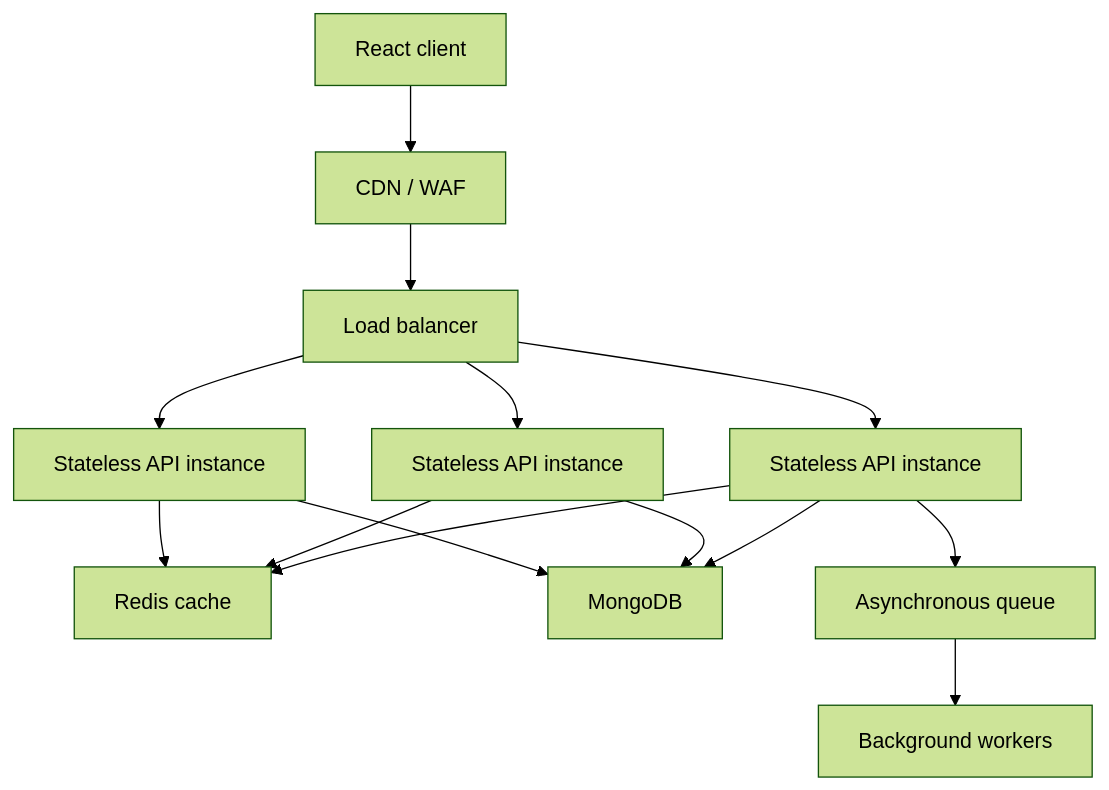
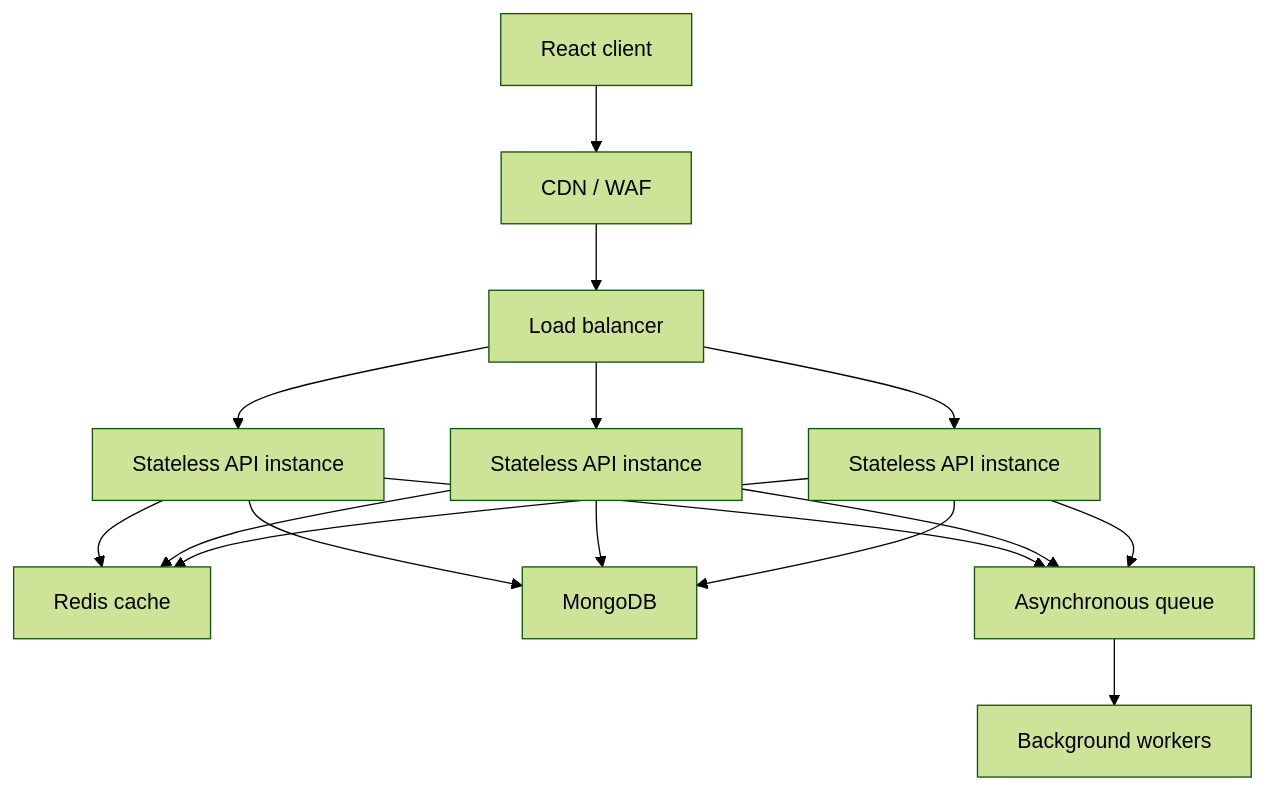
Before and after one commit to munafmd9849/ShelfLife-IA-II: the diagram in SYSTEM_DESIGN.md, drawn with Mermaid (forest theme). The commit also changed other lines of this file and 6 other files, not shown here.

````diff
--- a/SYSTEM_DESIGN.md
+++ b/SYSTEM_DESIGN.md
@@ -7,16 +7,18 @@
 ```mermaid
 flowchart TD
   Client[React client] --> Edge[CDN / WAF]
   Edge --> LB[Load balancer]
   LB --> API1[Stateless API instance]
   LB --> API2[Stateless API instance]
   LB --> APIN[Stateless API instance]
   API1 --> Redis[Redis cache]
   API2 --> Redis
   APIN --> Redis
   API1 --> Mongo[MongoDB]
   API2 --> Mongo
   APIN --> Mongo
   API1 --> Queue[Asynchronous queue]
+  API2 --> Queue
+  APIN --> Queue
   Queue --> Worker[Background workers]
 ```
````
